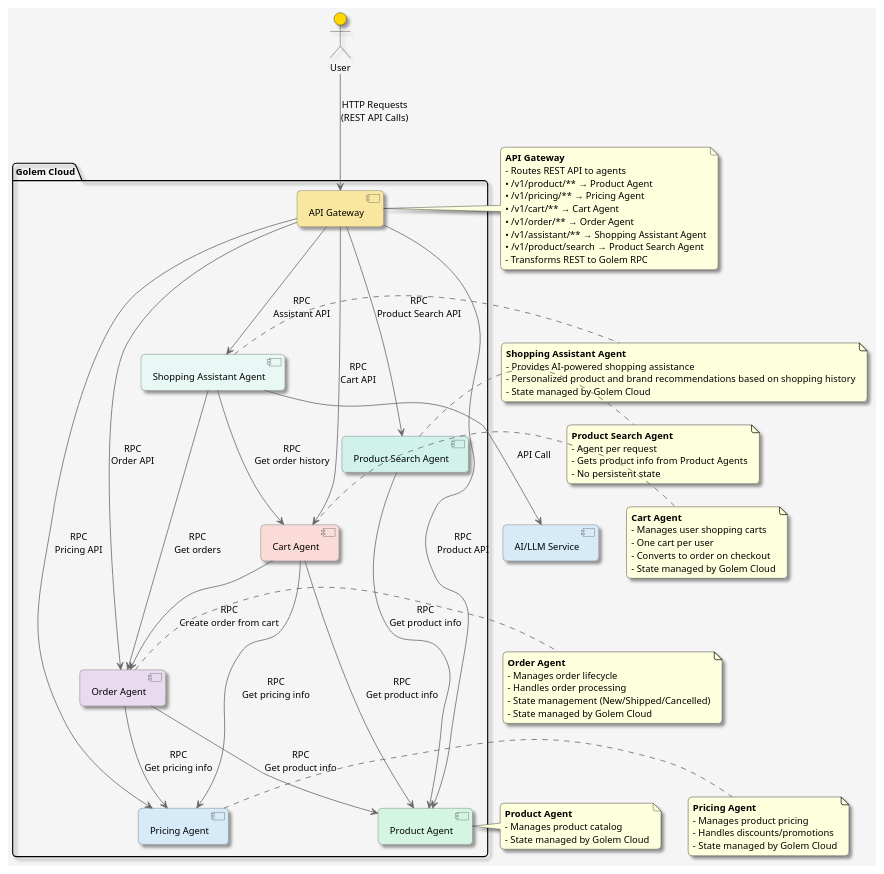
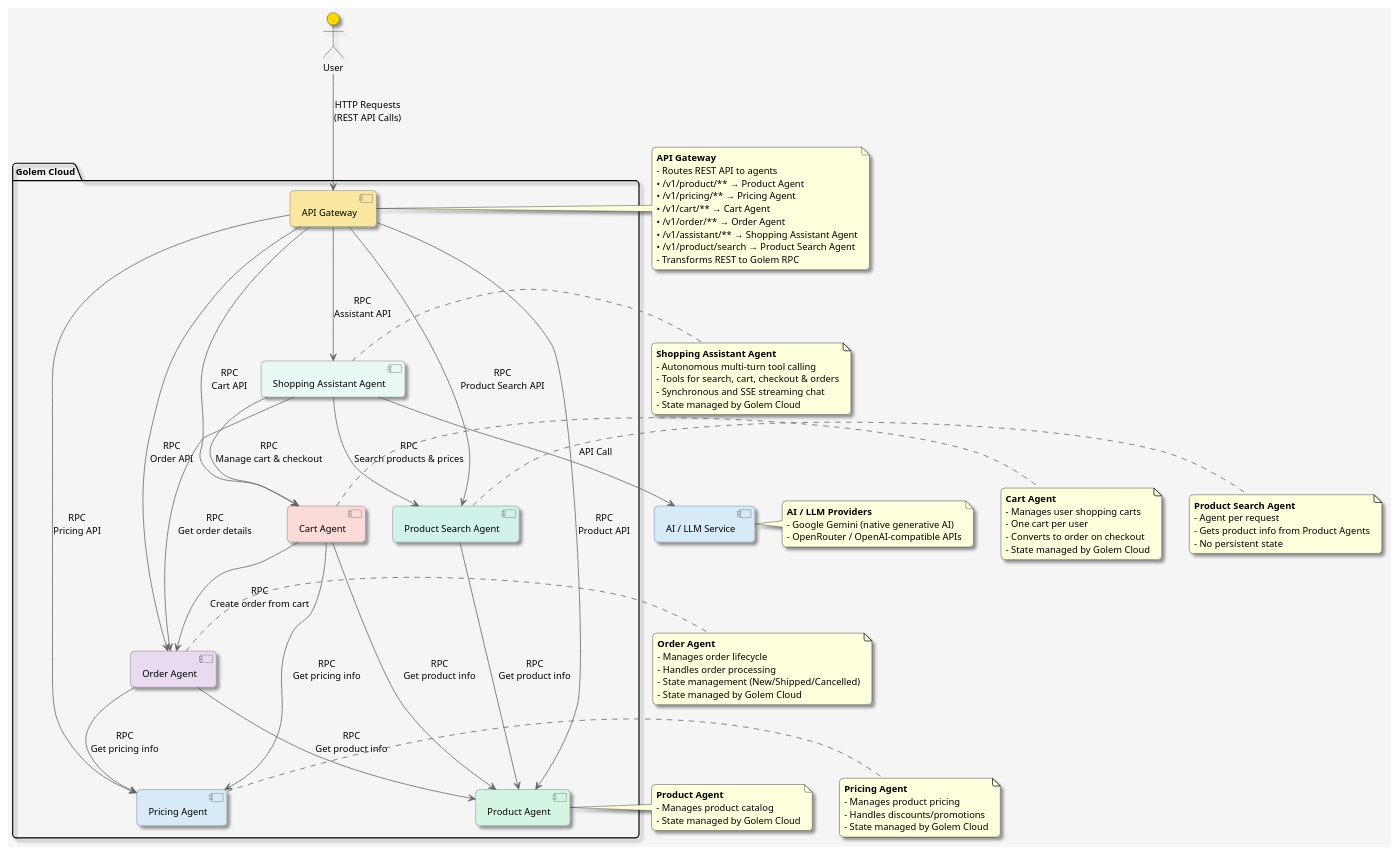
One commit to justcoon/golem-shopping-effect changed the diagram in architecture.puml. Above: the diagram before and after it, drawn with PlantUML. The commit also changed 17 other files, not shown here.

```diff
--- a/architecture.puml
+++ b/architecture.puml
@@ -1,111 +1,119 @@
 @startuml Golem Shopping Architecture
 
 ' Define styles
 skinparam componentStyle uml2
 skinparam backgroundColor #F5F5F5
 skinparam defaultFontName Arial
 skinparam defaultFontSize 12
 skinparam roundcorner 10
 skinparam shadowing true
 skinparam ArrowColor #666666
 skinparam ComponentBackgroundColor #E8E8E8
 skinparam ComponentBorderColor #666666
 
 ' Define components
 actor "User" as user #FFD700
 
 package "Golem Cloud" {
     [API Gateway] as gateway #F9E79F
     [Product Agent] as product #D5F5E3
     [Pricing Agent] as pricing #D6EAF8
     [Cart Agent] as cart #FADBD8
     [Order Agent] as order #E8DAEF
     [Product Search Agent] as product_search #D1F2EB
     [Shopping Assistant Agent] as assistant #E8F8F5
 }
 
 ' Define relationships
 user --> gateway : "HTTP Requests\n(REST API Calls)"
 
 gateway --> product : "RPC\nProduct API"
 gateway --> pricing : "RPC\nPricing API"
 gateway --> cart : "RPC\nCart API"
 gateway --> order : "RPC\nOrder API"
 gateway --> product_search : "RPC\nProduct Search API"
 gateway --> assistant : "RPC\nAssistant API"
 
 ' Agent-to-agent communication
 cart --> product : "RPC\nGet product info"
 cart --> pricing : "RPC\nGet pricing info"
 cart --> order : "RPC\nCreate order from cart"
 order --> product : "RPC\nGet product info"
 order --> pricing : "RPC\nGet pricing info"
 product_search --> product : "RPC\nGet product info"
 
-' Shopping Assistant relationships
-assistant --> cart : "RPC\nGet order history"
-assistant --> order : "RPC\nGet orders"
+' Shopping Assistant relationships (Autonomous Tool Execution)
+assistant --> product_search : "RPC\nSearch products & prices"
+assistant --> cart : "RPC\nManage cart & checkout"
+assistant --> order : "RPC\nGet order details"
 
 ' Add notes
 note right of gateway
   <b>API Gateway</b>
   - Routes REST API to agents
   • /v1/product/** → Product Agent
   • /v1/pricing/** → Pricing Agent
   • /v1/cart/** → Cart Agent
   • /v1/order/** → Order Agent
   • /v1/assistant/** → Shopping Assistant Agent
   • /v1/product/search → Product Search Agent
   - Transforms REST to Golem RPC
 end note
 
 note right of product
   <b>Product Agent</b>
   - Manages product catalog
   - State managed by Golem Cloud
 end note
 
 note right of pricing
   <b>Pricing Agent</b>
   - Manages product pricing
   - Handles discounts/promotions
   - State managed by Golem Cloud
 end note
 
 note right of cart
   <b>Cart Agent</b>
   - Manages user shopping carts
   - One cart per user
   - Converts to order on checkout
   - State managed by Golem Cloud
 end note
 
 note right of order
   <b>Order Agent</b>
   - Manages order lifecycle
   - Handles order processing
   - State management (New/Shipped/Cancelled)
   - State managed by Golem Cloud
 end note
 
 note right of product_search
   <b>Product Search Agent</b>
   - Agent per request
   - Gets product info from Product Agents
   - No persistent state
 end note
 
 ' External Services
-[AI/LLM Service] as llm #D6EAF8
+[AI / LLM Service] as llm #D6EAF8
 
 ' Connect LLM to Shopping Assistant
 assistant --> llm : "API Call"
 
+note right of llm
+  <b>AI / LLM Providers</b>
+  - Google Gemini (native generative AI)
+  - OpenRouter / OpenAI-compatible APIs
+end note
+
 note right of assistant
   <b>Shopping Assistant Agent</b>
-  - Provides AI-powered shopping assistance
-  - Personalized product and brand recommendations based on shopping history
+  - Autonomous multi-turn tool calling
+  - Tools for search, cart, checkout & orders
+  - Synchronous and SSE streaming chat
   - State managed by Golem Cloud
 end note
 
 @enduml
```
